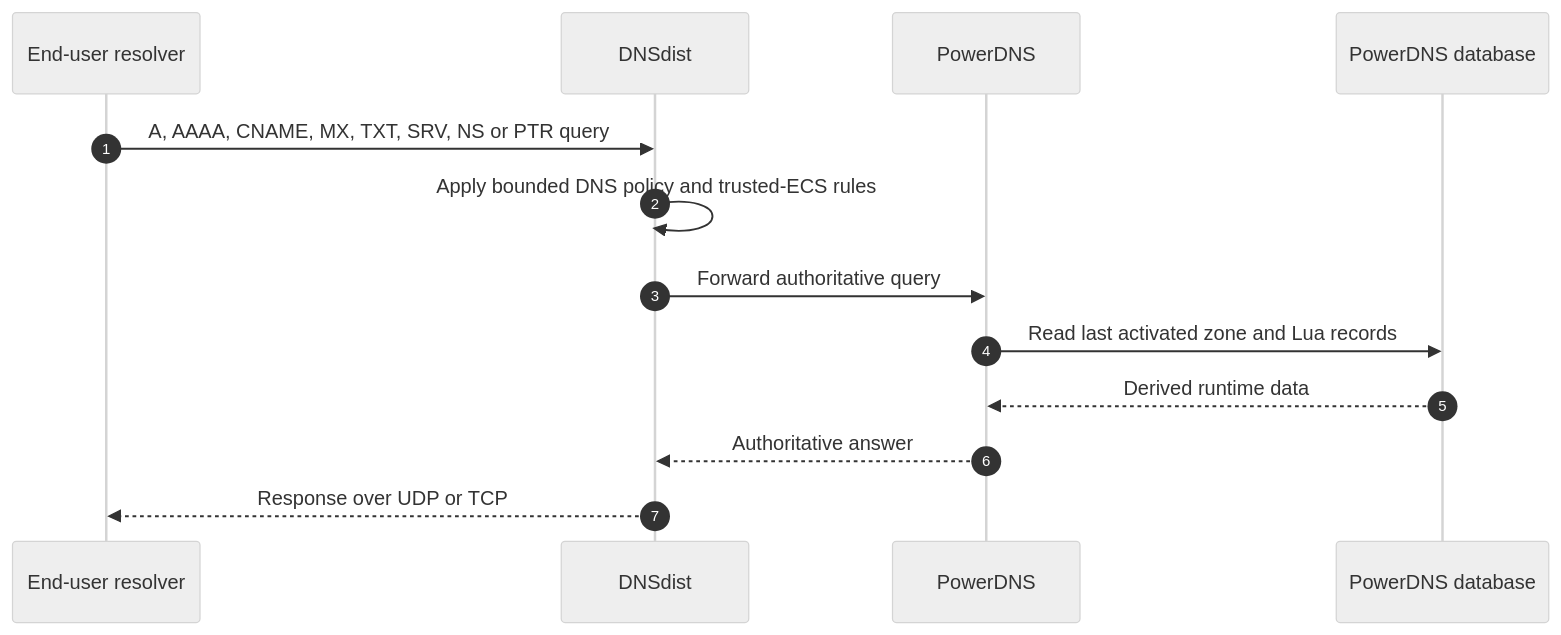
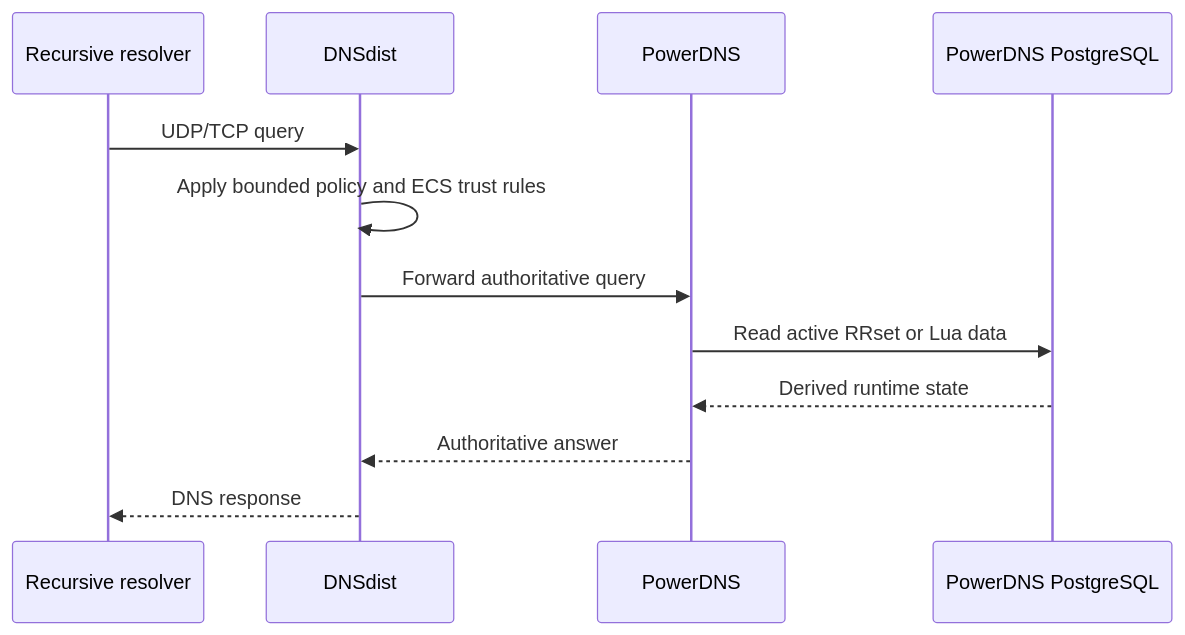
The second of 7 diagrams in docs/architecture.md (vaheed/CDNFoundry), drawn with Mermaid before and after one commit. The commit also changed other lines of this file and 25 other files, not shown here.

````diff
--- a/docs/architecture.md
+++ b/docs/architecture.md
@@ -73,17 +69,15 @@
 ```mermaid
-%%{init: {"sequence": {"useMaxWidth": true}, "theme": "neutral"}}%%
 sequenceDiagram
-    autonumber
-    participant User as End-user resolver
+    participant R as Recursive resolver
     participant D as DNSdist
     participant P as PowerDNS
-    participant DB as PowerDNS database
+    participant DB as PowerDNS PostgreSQL
 
-    User->>D: A, AAAA, CNAME, MX, TXT, SRV, NS or PTR query
-    D->>D: Apply bounded DNS policy and trusted-ECS rules
+    R->>D: UDP/TCP query
+    D->>D: Apply bounded policy and ECS trust rules
     D->>P: Forward authoritative query
-    P->>DB: Read last activated zone and Lua records
-    DB-->>P: Derived runtime data
+    P->>DB: Read active RRset or Lua data
+    DB-->>P: Derived runtime state
     P-->>D: Authoritative answer
-    D-->>User: Response over UDP or TCP
+    D-->>R: DNS response
 ```
````
